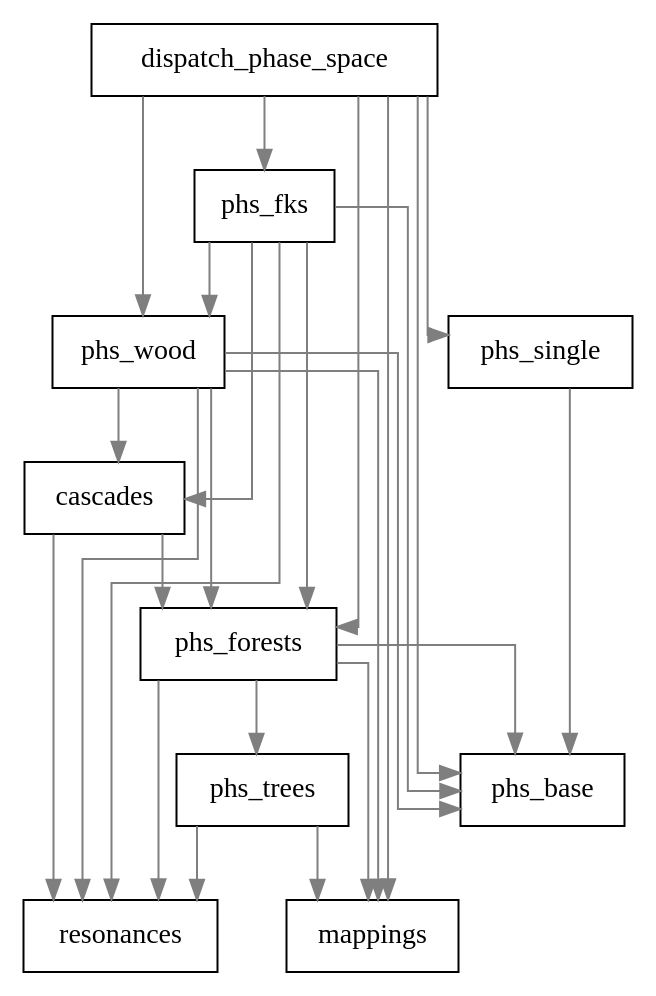
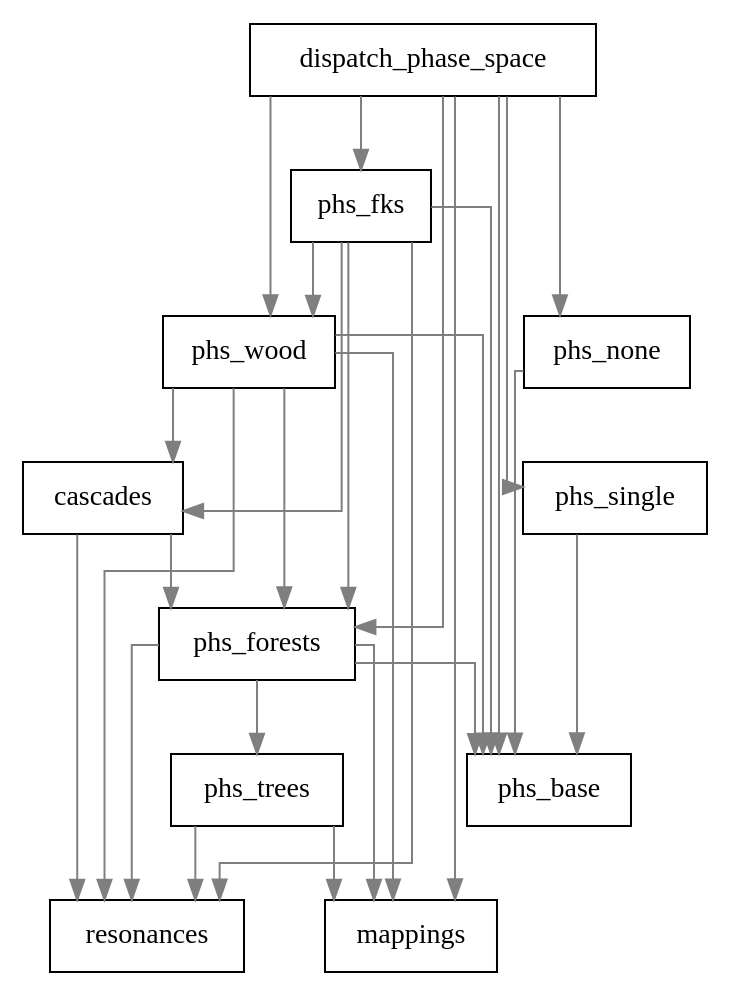
One commit to bendavid/whizard changed the diagram in share/doc/phase_space.dot. Above: the diagram before and after it, drawn with Graphviz. The commit also changed 1112 other files, not shown here.

```diff
--- a/share/doc/phase_space.dot
+++ b/share/doc/phase_space.dot
@@ -1,32 +1,34 @@
 
 digraph G {
 concentrate=true
 splines=ortho
 node[shape=record,style=filled,fillcolor=white]
 edge[color=gray50]
 phs_fks -> phs_base
 dispatch_phase_space -> phs_wood
 dispatch_phase_space -> phs_base
 phs_wood -> phs_base
 phs_fks -> phs_forests
 dispatch_phase_space -> phs_forests
 cascades -> resonances
 dispatch_phase_space -> mappings
 phs_trees -> mappings
 phs_wood -> phs_forests
 phs_forests -> resonances
 phs_fks -> cascades
 phs_wood -> resonances
 phs_trees -> resonances
 phs_forests -> phs_trees
 phs_forests -> phs_base
 phs_wood -> mappings
+phs_none -> phs_base
 cascades -> phs_forests
 dispatch_phase_space -> phs_single
 phs_single -> phs_base
 phs_fks -> resonances
 dispatch_phase_space -> phs_fks
 phs_wood -> cascades
 phs_forests -> mappings
 phs_fks -> phs_wood
+dispatch_phase_space -> phs_none
  }
```
